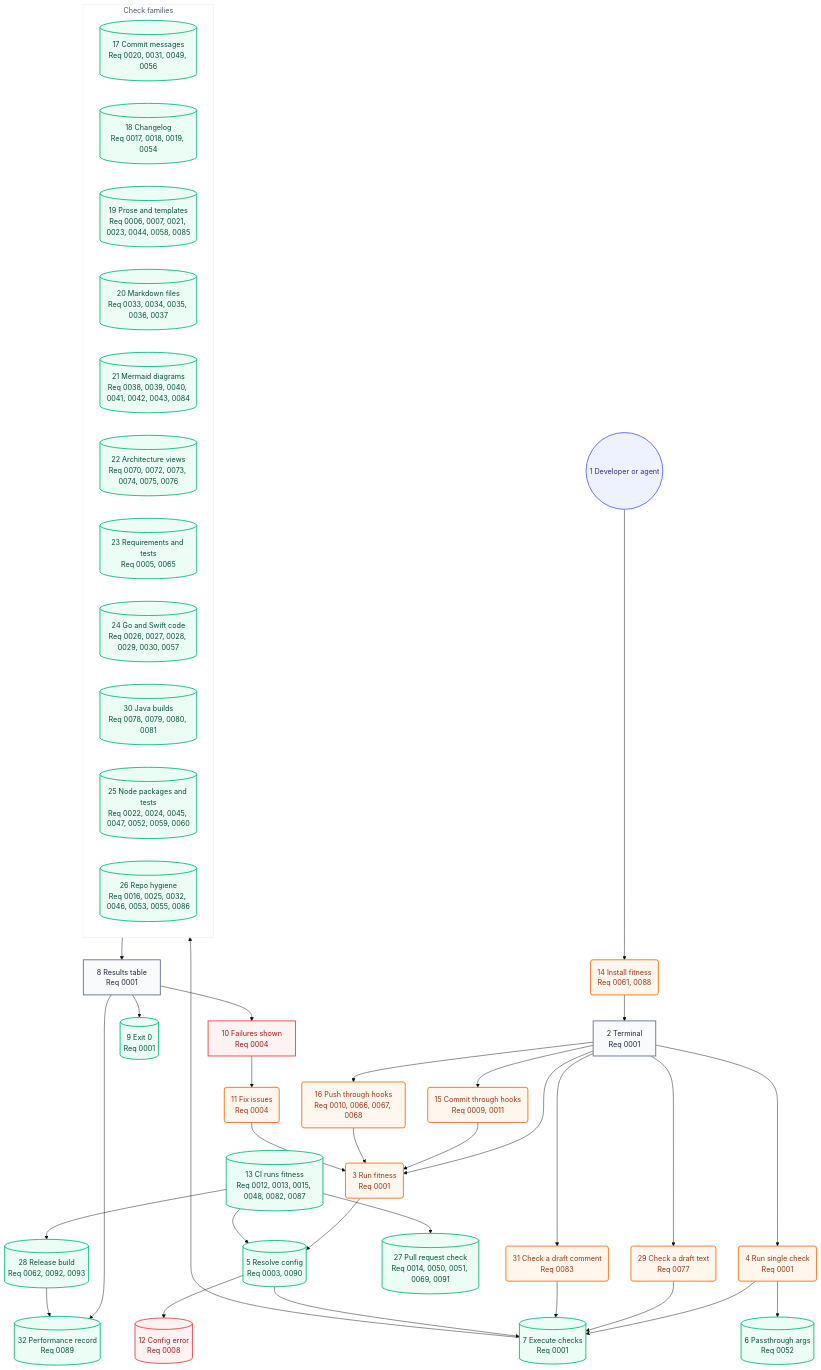
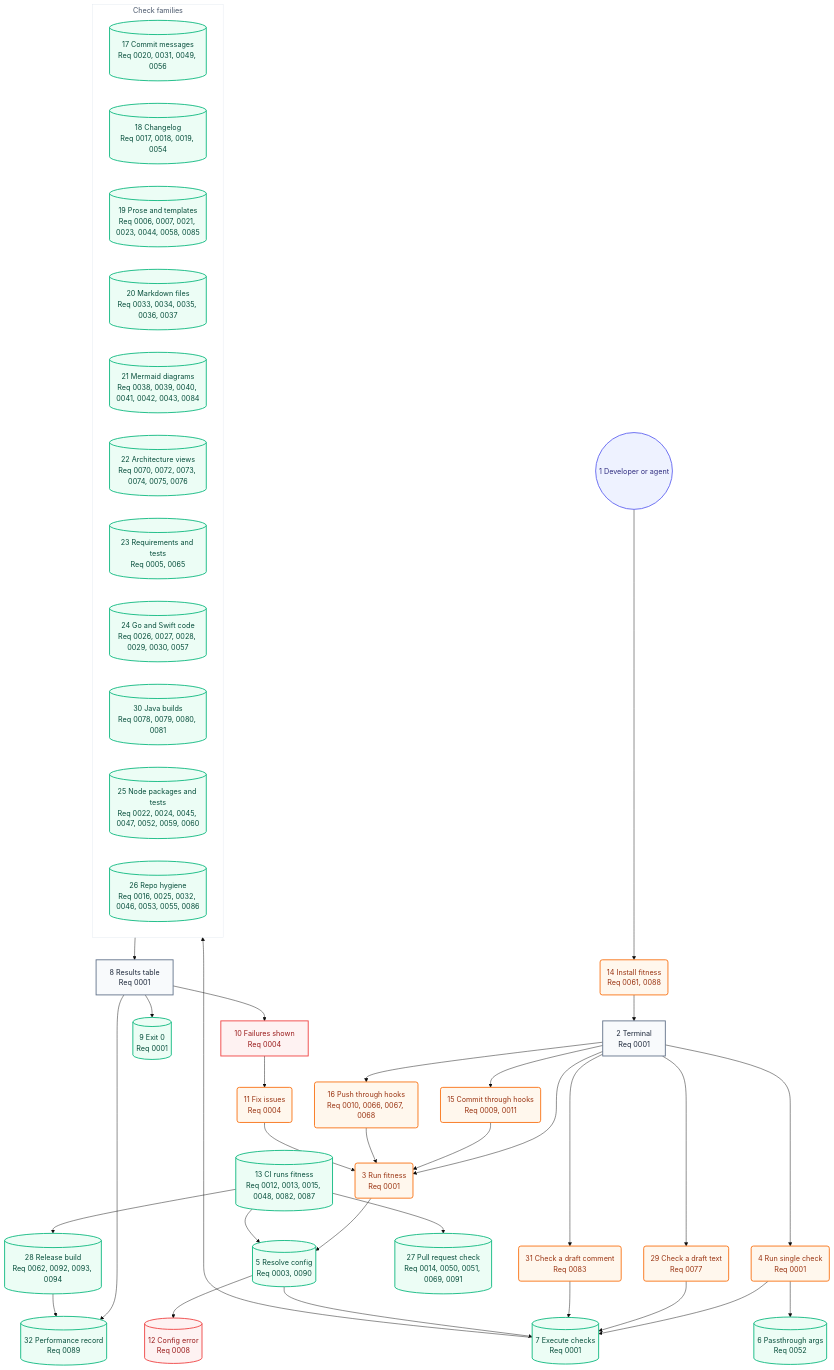
One commit to may-journal/fitness-runner changed the second of 2 diagrams in docs/architecture/05-user-journey.md. Above: the diagram before and after it, drawn with Mermaid (base theme). The commit also changed 7 other files, not shown here.

````diff
--- a/docs/architecture/05-user-journey.md
+++ b/docs/architecture/05-user-journey.md
@@ -40,76 +40,76 @@
 ```mermaid
 flowchart TB
     dev((1 Developer or agent)):::persona
     install(14 Install fitness<br/>Req 0061, 0088):::action
     terminal[2 Terminal<br/>Req 0001]:::screen
     runFull(3 Run fitness<br/>Req 0001):::action
     runSingle(4 Run single check<br/>Req 0001):::action
     runBlob(29 Check a draft text<br/>Req 0077):::action
     runComment(31 Check a draft comment<br/>Req 0083):::action
     commitHook(15 Commit through hooks<br/>Req 0009, 0011):::action
     pushHook(16 Push through hooks<br/>Req 0010, 0066, 0067, 0068):::action
     resolveConfig[(5 Resolve config<br/>Req 0003, 0090)]:::system
     passArgs[(6 Passthrough args<br/>Req 0052)]:::system
     executeChecks[(7 Execute checks<br/>Req 0001)]:::system
 
     subgraph checks["Check families"]
         commitChecks[(17 Commit messages<br/>Req 0020, 0031, 0049, 0056)]:::system
         changelogChecks[(18 Changelog<br/>Req 0017, 0018, 0019, 0054)]:::system
         proseChecks[(19 Prose and templates<br/>Req 0006, 0007, 0021, 0023, 0044, 0058, 0085)]:::system
         markdownChecks[(20 Markdown files<br/>Req 0033, 0034, 0035, 0036, 0037)]:::system
         mermaidChecks[(21 Mermaid diagrams<br/>Req 0038, 0039, 0040, 0041, 0042, 0043, 0084)]:::system
         architectureChecks[(22 Architecture views<br/>Req 0070, 0072, 0073, 0074, 0075, 0076)]:::system
         requirementChecks[(23 Requirements and tests<br/>Req 0005, 0065)]:::system
         goSwiftChecks[(24 Go and Swift code<br/>Req 0026, 0027, 0028, 0029, 0030, 0057)]:::system
         javaChecks[(30 Java builds<br/>Req 0078, 0079, 0080, 0081)]:::system
         nodeChecks[(25 Node packages and tests<br/>Req 0022, 0024, 0045, 0047, 0052, 0059, 0060)]:::system
         repoChecks[(26 Repo hygiene<br/>Req 0016, 0025, 0032, 0046, 0053, 0055, 0086)]:::system
     end
 
     resultsTable[8 Results table<br/>Req 0001]:::screen
     exitZero[(9 Exit 0<br/>Req 0001)]:::system
     failuresShown[10 Failures shown<br/>Req 0004]:::blocked
     fixIssues(11 Fix issues<br/>Req 0004):::action
     configError[(12 Config error<br/>Req 0008)]:::blocked
     ciRun[(13 CI runs fitness<br/>Req 0012, 0013, 0015, 0048, 0082, 0087)]:::system
     prCheck[(27 Pull request check<br/>Req 0014, 0050, 0051, 0069, 0091)]:::system
-    release[(28 Release build<br/>Req 0062, 0092, 0093)]:::system
+    release[(28 Release build<br/>Req 0062, 0092, 0093, 0094)]:::system
     perfRecord[(32 Performance record<br/>Req 0089)]:::system
 
     dev --> install
     install --> terminal
     terminal --> runFull
     terminal --> runSingle
     terminal --> commitHook
     terminal --> pushHook
     terminal --> runBlob
     terminal --> runComment
     commitHook --> runFull
     pushHook --> runFull
     runFull --> resolveConfig
     runSingle --> executeChecks
     runSingle --> passArgs
     runBlob --> executeChecks
     runComment --> executeChecks
     resolveConfig --> executeChecks
     resolveConfig --> configError
     executeChecks --> checks
     checks --> resultsTable
     resultsTable --> exitZero
     resultsTable --> failuresShown
     failuresShown --> fixIssues
     fixIssues --> runFull
     ciRun --> resolveConfig
     ciRun --> prCheck
     ciRun --> release
     resultsTable --> perfRecord
     release --> perfRecord
 
     classDef persona fill:#eef2ff,stroke:#6366f1,color:#312e81,stroke-width:2px
     classDef screen fill:#f8fafc,stroke:#64748b,color:#1e293b,stroke-width:2px
     classDef action fill:#fff7ed,stroke:#f97316,color:#9a3412,stroke-width:2px
     classDef system fill:#ecfdf5,stroke:#10b981,color:#064e3b,stroke-width:2px
     classDef blocked fill:#fef2f2,stroke:#ef4444,color:#991b1b,stroke-width:2px
 
     style checks fill:#ffffff,stroke:#e2e8f0,color:#475569,stroke-width:1px
 ```
````
